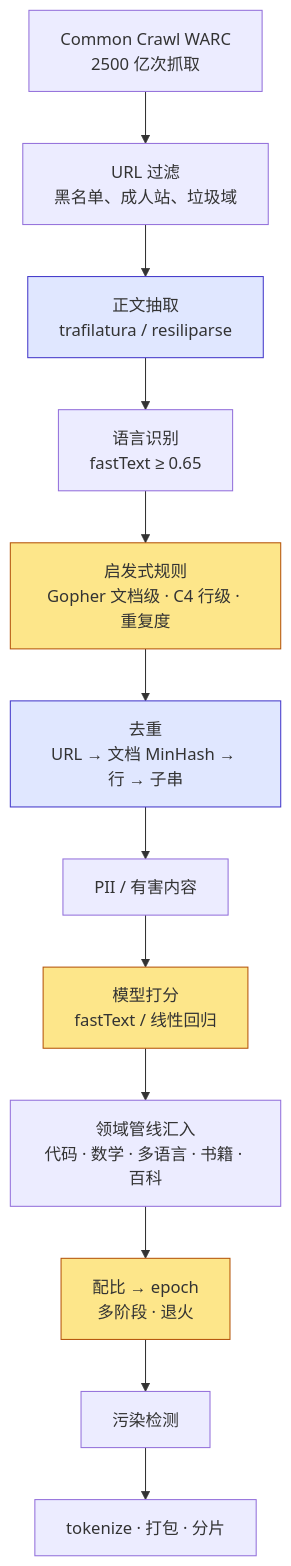
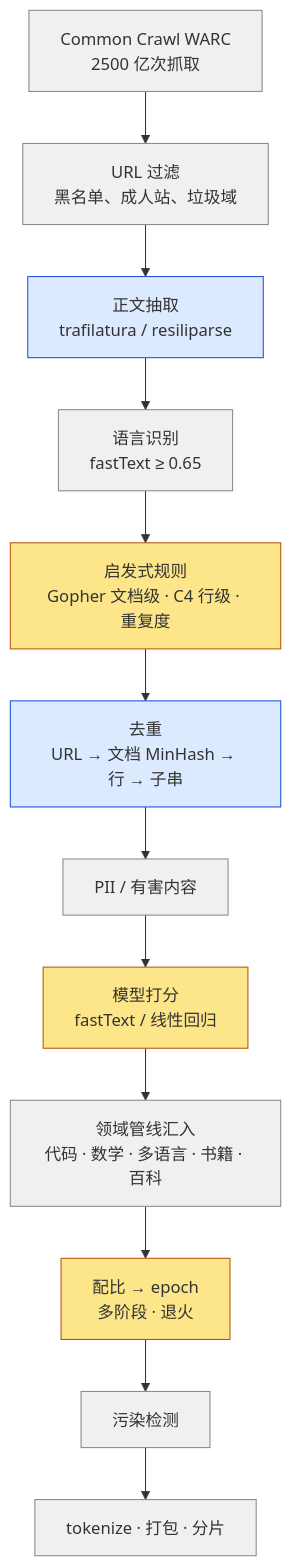
One commit to arganzheng/arganzheng.github.com changed the second of 2 diagrams in _posts/2026-04-12-pretraining-data-pipeline-dedup-filtering-and-mixture.md. Above: the diagram before and after it, drawn with Mermaid. The commit also changed other lines of this file and 5 other files, not shown here.

First line of the commit message:
预训练数据管线：论文双联图拆成单图，Mermaid 未分类节点改中性灰

````diff
--- a/_posts/2026-04-12-pretraining-data-pipeline-dedup-filtering-and-mixture.md
+++ b/_posts/2026-04-12-pretraining-data-pipeline-dedup-filtering-and-mixture.md
@@ -58,20 +60,22 @@
 ```mermaid
 %% 图：预训练数据管线全貌：从 Common Crawl 抓取到 tokenize 打包，中间是过滤、去重、打分、配比与污染检测
 flowchart TB
     CC["Common Crawl WARC<br/>2500 亿次抓取"] --> URL["URL 过滤<br/>黑名单、成人站、垃圾域"]
     URL --> EX["正文抽取<br/>trafilatura / resiliparse"]
     EX --> LID["语言识别<br/>fastText ≥ 0.65"]
     LID --> H["启发式规则<br/>Gopher 文档级 · C4 行级 · 重复度"]
     H --> DD["去重<br/>URL → 文档 MinHash → 行 → 子串"]
     DD --> PII["PII / 有害内容"]
     PII --> Q["模型打分<br/>fastText / 线性回归"]
     Q --> CUR["领域管线汇入<br/>代码 · 数学 · 多语言 · 书籍 · 百科"]
     CUR --> MIX["配比 → epoch<br/>多阶段 · 退火"]
     MIX --> DEC["污染检测"]
     DEC --> TOK["tokenize · 打包 · 分片"]
 
-    classDef cpu fill:#e0e7ff,stroke:#4338ca;
+    classDef base fill:#f0f0f0,stroke:#888;
+    classDef cpu fill:#dbeafe,stroke:#1d4ed8;
     classDef dec fill:#fde68a,stroke:#b45309;
+    class CC,URL,LID,PII,CUR,DEC,TOK base;
     class EX,DD cpu;
     class H,Q,MIX dec;
 ```
````
